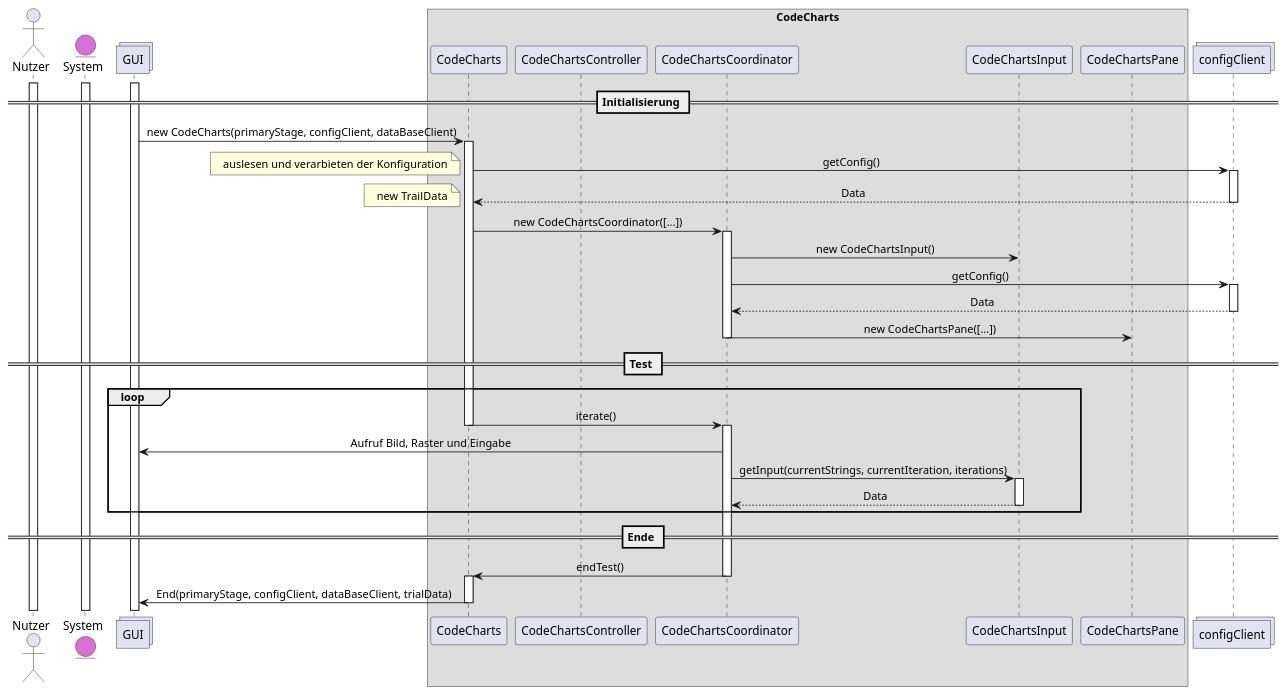
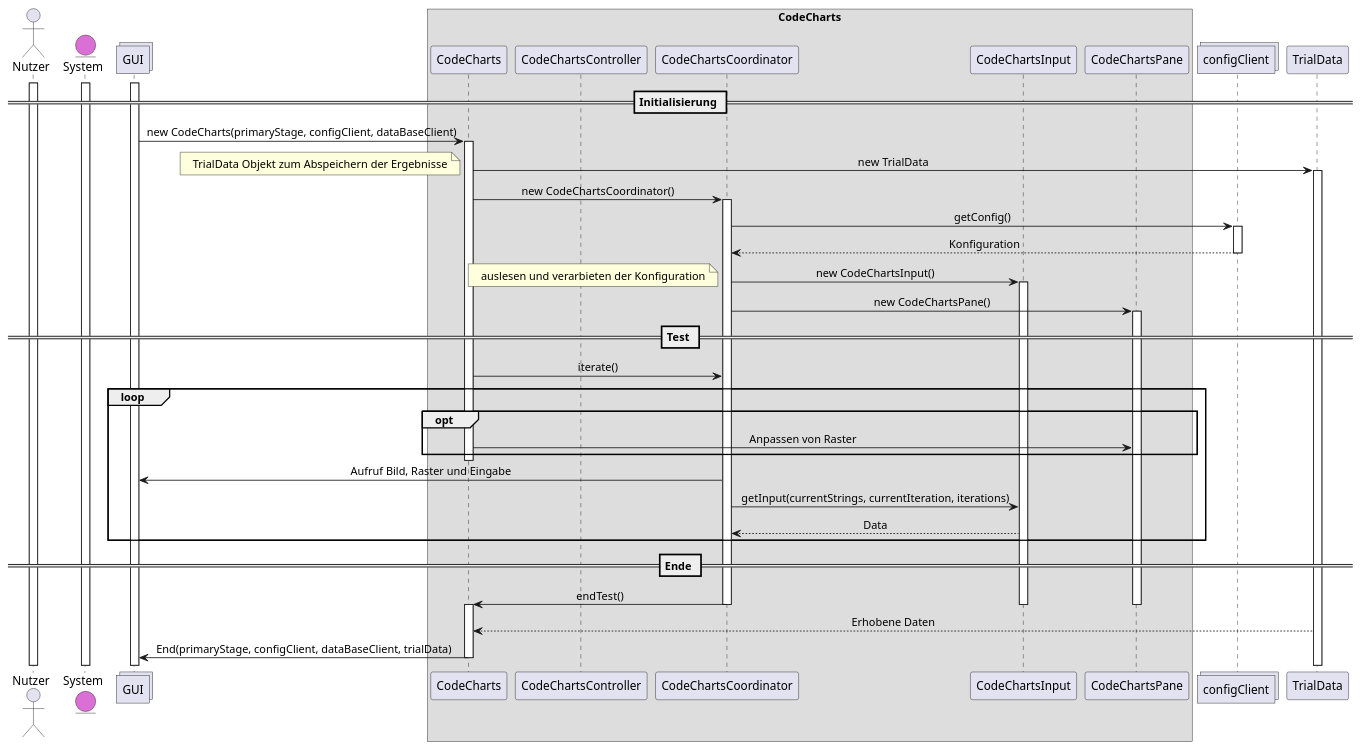
One commit to weichware-10/dokumente changed the diagram in uml-sequence/codecharts/sequenz-codecharts.puml. Above: the diagram before and after it, drawn with PlantUML.

Commit message:
[fix] codecharts sequenz

```diff
--- a/uml-sequence/codecharts/sequenz-codecharts.puml
+++ b/uml-sequence/codecharts/sequenz-codecharts.puml
@@ -1,61 +1,65 @@
 @startuml codecharts
 skinparam defaultTextAlignment center
 
 actor       Nutzer          as n
 entity      System          as s    #DA70D5
 collections GUI             as g
 
 box CodeCharts
 
 participant CodeCharts              as cc
 participant CodeChartsController    as ct
 participant CodeChartsCoordinator   as co
 participant CodeChartsInput         as ci
 participant CodeChartsPane          as cp
 end box
 
-collections configClient          as c
+collections configClient            as c
+participant TrialData               as td
 
 activate n
 activate s
 activate g
 
 == Initialisierung ==
 g -> cc : new CodeCharts(primaryStage, configClient, dataBaseClient)
 activate cc
-cc -> c : getConfig()
-note left : auslesen und verarbieten der Konfiguration
-activate c
-c --> cc : Data
-note left : new TrailData 
-deactivate c
-cc -> co : new CodeChartsCoordinator([...])
+cc -> td : new TrialData
+activate td
+note left: TrialData Objekt zum Abspeichern der Ergebnisse
+cc -> co : new CodeChartsCoordinator()
 activate co
-co -> ci : new CodeChartsInput()
 co -> c : getConfig()
 activate c
-c --> co : Data
+c --> co : Konfiguration
 deactivate c
-co -> cp : new CodeChartsPane([...])
-deactivate co
+co -> ci : new CodeChartsInput()
+activate ci
+note left : auslesen und verarbieten der Konfiguration
+co -> cp : new CodeChartsPane()
+activate cp
 
 == Test ==
+cc -> co : iterate()
 loop
-    cc -> co : iterate()
+    opt
+        cc -> cp : Anpassen von Raster
+    end
     deactivate cc
     activate co
     co -> g : Aufruf Bild, Raster und Eingabe
     co -> ci : getInput(currentStrings, currentIteration, iterations)
-    activate ci
     ci --> co : Data
-    deactivate ci
 end
 
 == Ende == 
 co -> cc : endTest()
 deactivate co
+deactivate cp
+deactivate ci
 activate cc
+td --> cc : Erhobene Daten
 cc -> g : End(primaryStage, configClient, dataBaseClient, trialData)
 deactivate cc
 
 @enduml
```
